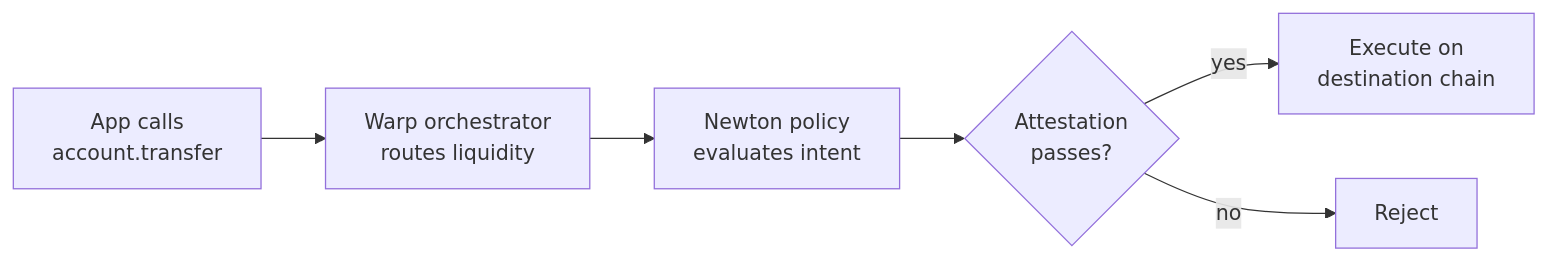
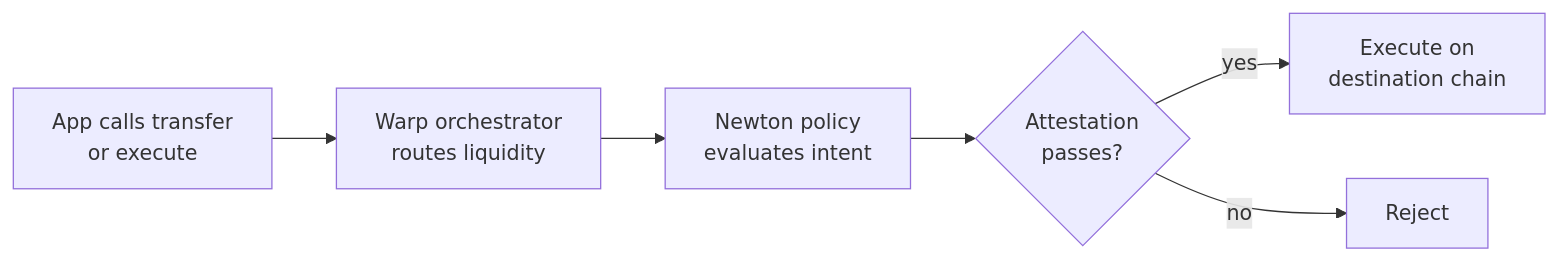
Before and after one commit to newt-foundation/newton-sdk: the diagram in site/developers/smart-account/overview.mdx, drawn with Mermaid. The commit also changed other lines of this file and 2 other files, not shown here.

First line of the commit message:
docs: update Smart Account docs for warp 0.2.1-alpha

````diff
--- a/site/developers/smart-account/overview.mdx
+++ b/site/developers/smart-account/overview.mdx
@@ -23,8 +28,8 @@
 ```mermaid
 flowchart LR
-    A[App calls<br/>account.transfer] --> B[Warp orchestrator<br/>routes liquidity]
+    A[App calls transfer<br/>or execute] --> B[Warp orchestrator<br/>routes liquidity]
     B --> C[Newton policy<br/>evaluates intent]
     C --> D{Attestation<br/>passes?}
     D -- yes --> E[Execute on<br/>destination chain]
     D -- no --> F[Reject]
 ```
````
